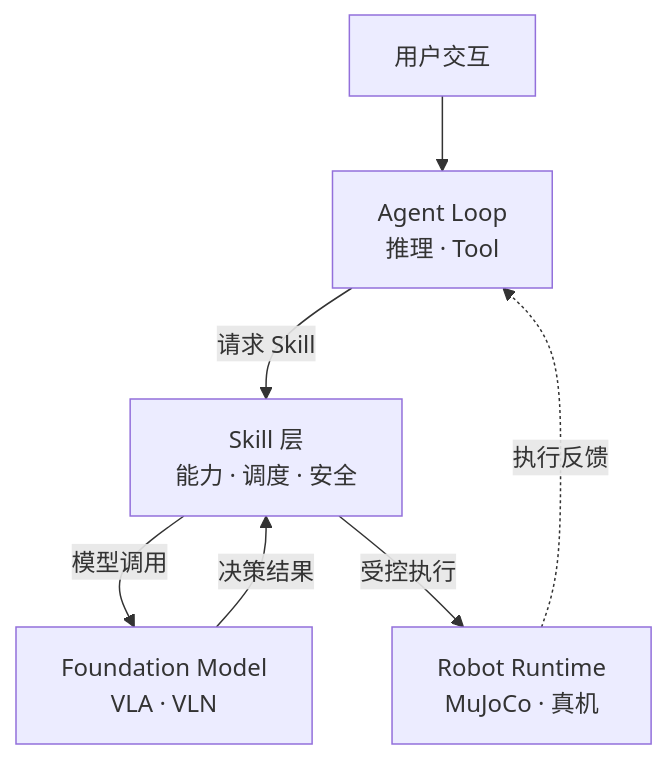
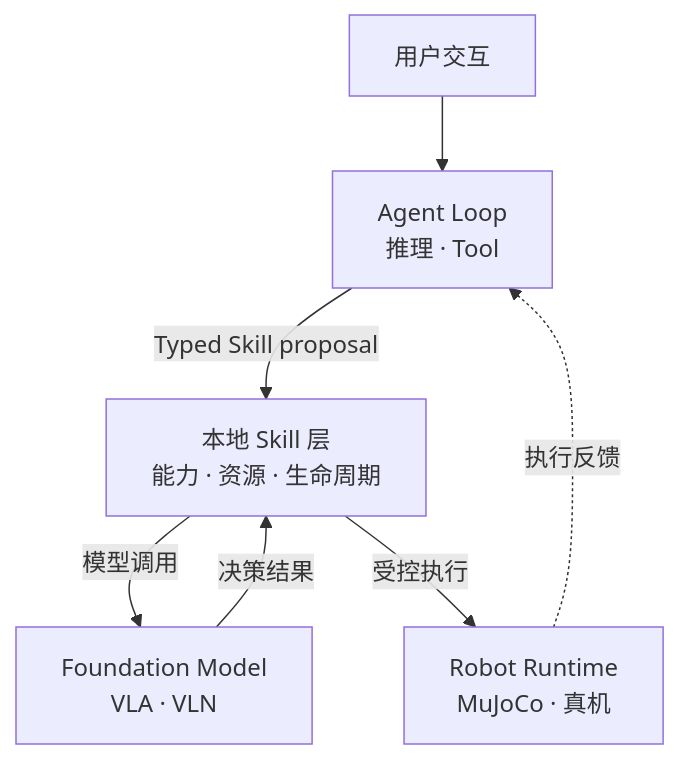
Before and after one commit to Xbotics-Embodied-AI-club/Xbotics-Hey-Robot: the diagram in README.md, drawn with Mermaid. The commit also changed other lines of this file and 232 other files, not shown here.

````diff
--- a/README.md
+++ b/README.md
@@ -78,9 +79,9 @@
 ```mermaid
 flowchart TD
     U[用户交互] --> A[Agent Loop<br/>推理 · Tool]
-    A -->|请求 Skill| S[Skill 层<br/>能力 · 调度 · 安全]
+    A -->|Typed Skill proposal| S[本地 Skill 层<br/>能力 · 资源 · 生命周期]
     S -->|模型调用| F[Foundation Model<br/>VLA · VLN]
     F -->|决策结果| S
     S -->|受控执行| R[Robot Runtime<br/>MuJoCo · 真机]
     R -.执行反馈.-> A
 ```
````
